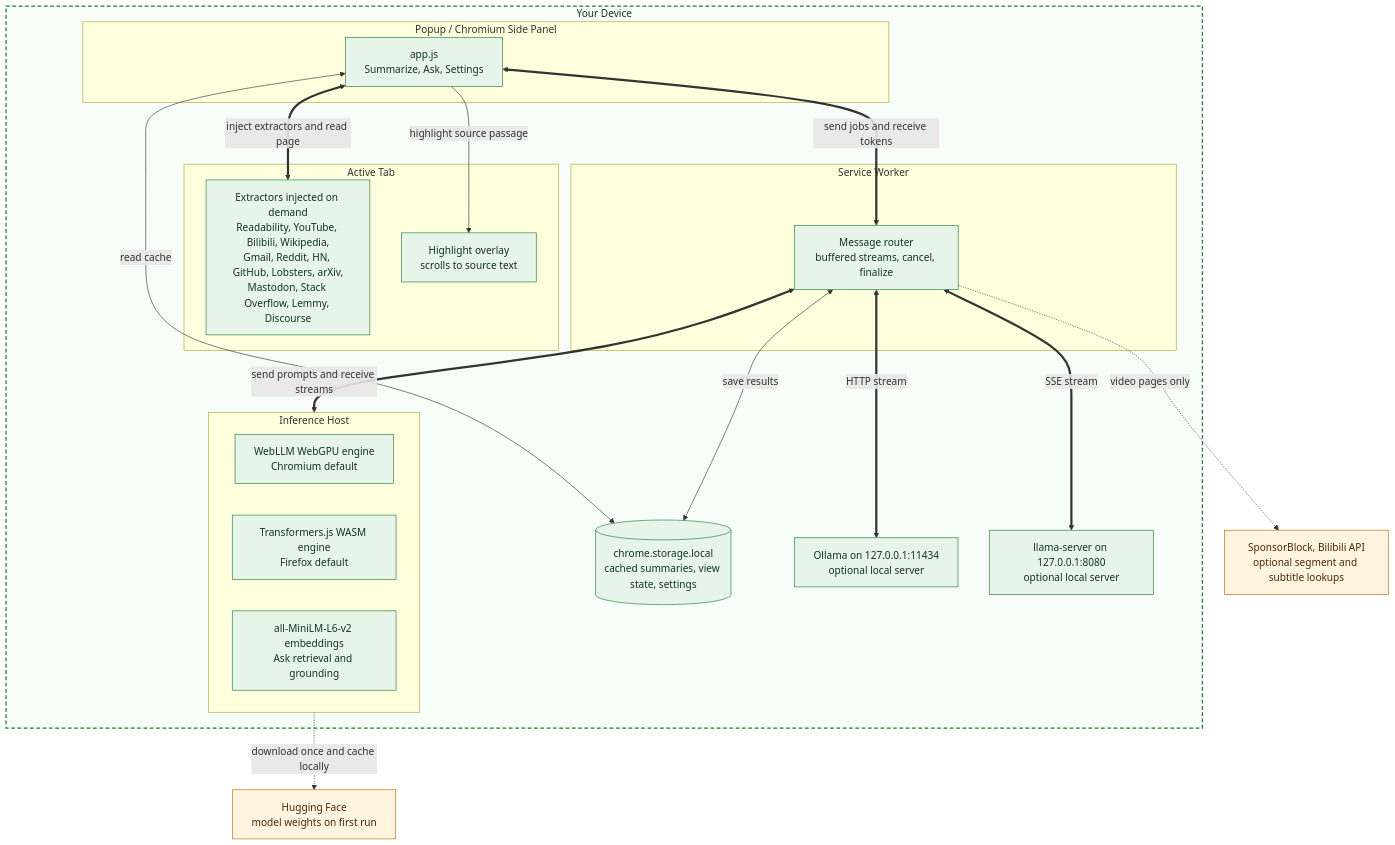
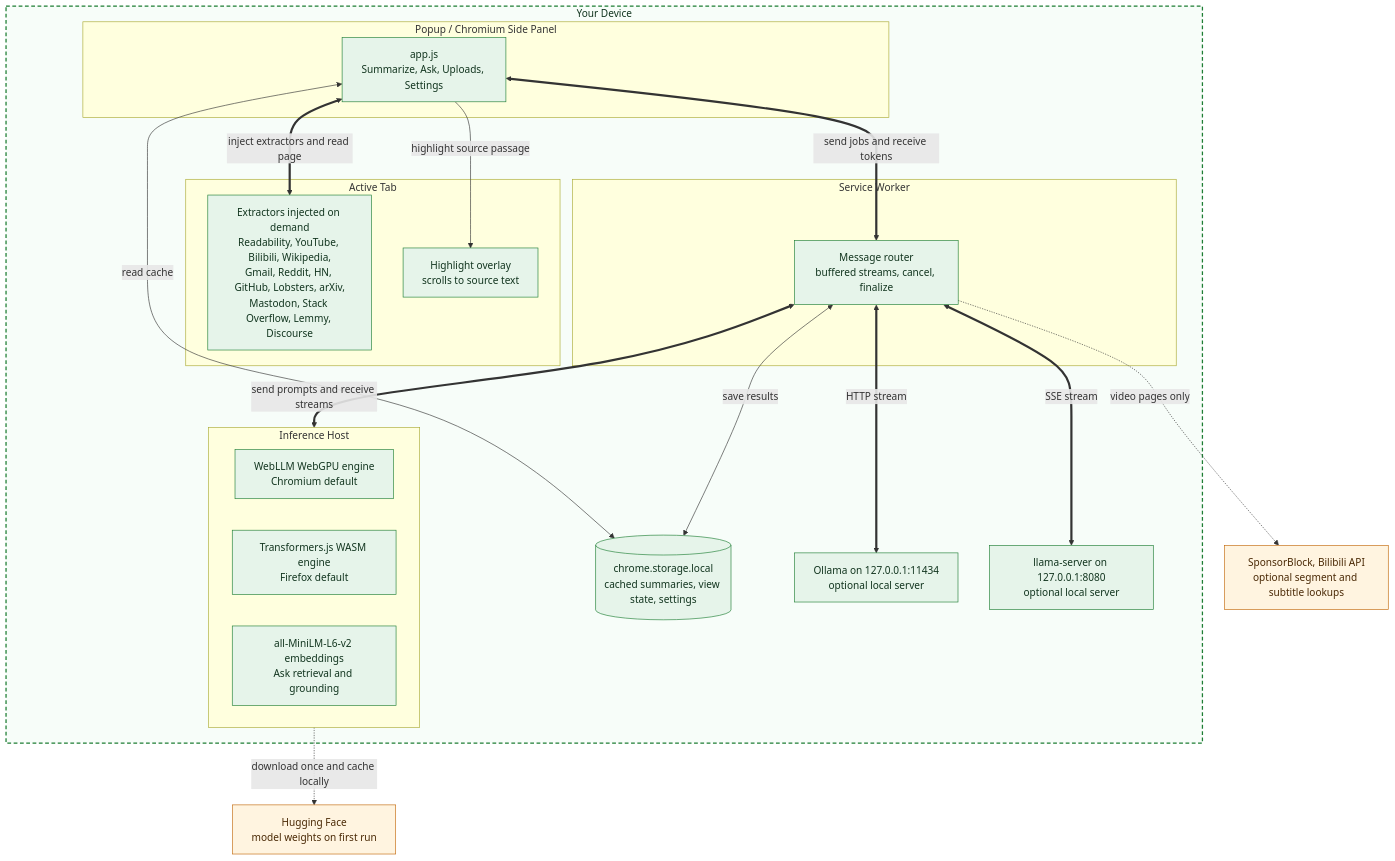
One commit to MayurK-cmd/apogee changed the first of 2 diagrams in ARCHITECTURE.md. Above: the diagram before and after it, drawn with Mermaid. The commit also changed other lines of this file and 15 other files, not shown here.

````diff
--- a/ARCHITECTURE.md
+++ b/ARCHITECTURE.md
@@ -36,48 +38,48 @@
 ```mermaid
 flowchart TD
     subgraph device["Your Device"]
         subgraph page["Active Tab"]
             EX["Extractors injected on demand<br/>Readability, YouTube, Bilibili, Wikipedia,<br/>Gmail, Reddit, HN, GitHub, Lobsters, arXiv,<br/>Mastodon, Stack Overflow, Lemmy, Discourse"]
             HL["Highlight overlay<br/>scrolls to source text"]
         end
 
         subgraph ui["Popup / Chromium Side Panel"]
-            POPUP["app.js<br/>Summarize, Ask, Settings"]
+            POPUP["app.js<br/>Summarize, Ask, Uploads, Settings"]
         end
 
         subgraph bg["Service Worker"]
             ROUTER["Message router<br/>buffered streams, cancel, finalize"]
         end
 
         subgraph host["Inference Host"]
             WEBLLM["WebLLM WebGPU engine<br/>Chromium default"]
             TJS["Transformers.js WASM engine<br/>Firefox default"]
             EMB["all-MiniLM-L6-v2 embeddings<br/>Ask retrieval and grounding"]
         end
 
         STORE[("chrome.storage.local<br/>cached summaries, view state, settings")]
         OLLAMA["Ollama on 127.0.0.1:11434<br/>optional local server"]
         LLAMACPP["llama-server on 127.0.0.1:8080<br/>optional local server"]
     end
 
     HF["Hugging Face<br/>model weights on first run"]
     APIS["SponsorBlock, Bilibili API<br/>optional segment and subtitle lookups"]
 
     POPUP <==>|"inject extractors and read page"| EX
     POPUP -->|"highlight source passage"| HL
     POPUP <==>|"send jobs and receive tokens"| ROUTER
     ROUTER <==>|"send prompts and receive streams"| host
     ROUTER <==>|"HTTP stream"| OLLAMA
     ROUTER <==>|"SSE stream"| LLAMACPP
     POPUP <-->|"read cache"| STORE
     ROUTER <-->|"save results"| STORE
 
     host -.->|"download once and cache locally"| HF
     ROUTER -.->|"video pages only"| APIS
 
     classDef local fill:#e6f4ea,stroke:#1e7e34,color:#12351f
     classDef remote fill:#fff4e0,stroke:#c2680a,color:#4a2905
     class EX,HL,POPUP,ROUTER,STORE,WEBLLM,TJS,EMB,OLLAMA,LLAMACPP local
     class HF,APIS remote
     style device fill:#f7fdf9,stroke:#1e7e34,stroke-width:2px,stroke-dasharray:6 4,color:#12351f
 ```
````
